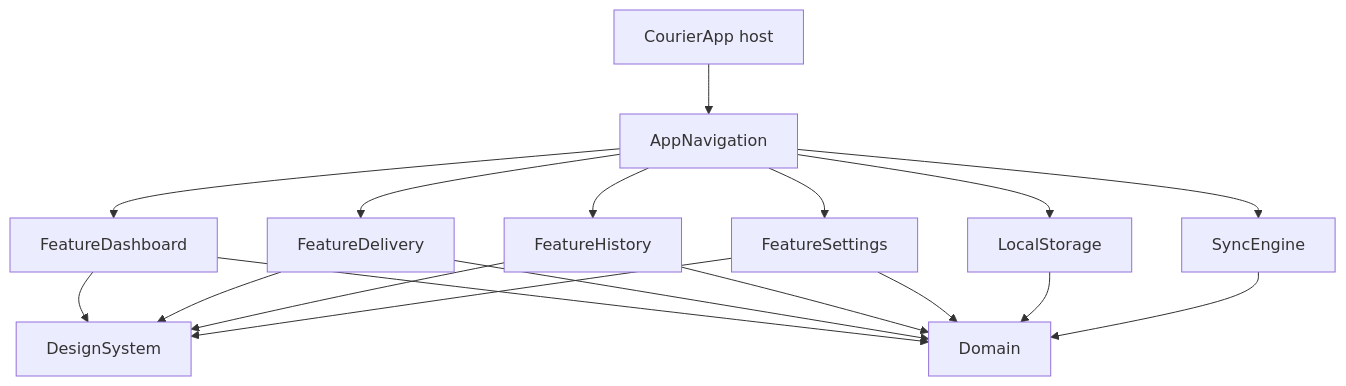
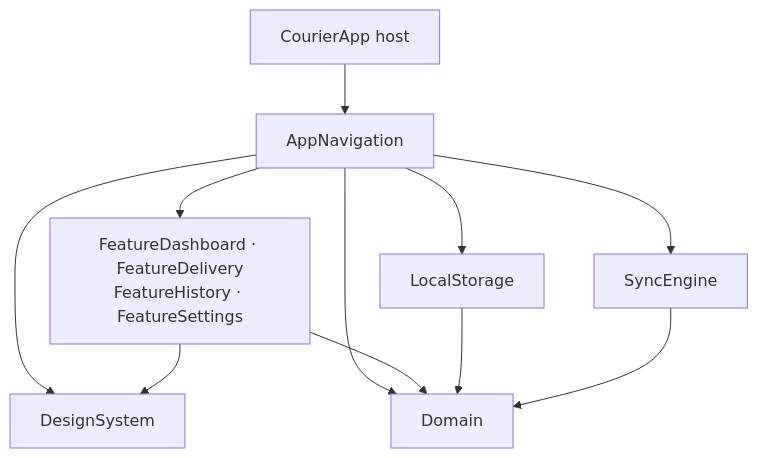
One commit to kamilgomolka/demo-courier-app changed the diagram in README.md. Above: the diagram before and after it, drawn with Mermaid. The commit also changed other lines of this file, not shown here.

````diff
--- a/README.md
+++ b/README.md
@@ -31,21 +28,13 @@
 ```mermaid
 graph TD
-    App[CourierApp host] --> AppNavigation
-    AppNavigation --> FeatureDashboard
-    AppNavigation --> FeatureDelivery
-    AppNavigation --> FeatureHistory
-    AppNavigation --> FeatureSettings
+    Host[CourierApp host] --> AppNavigation
+    AppNavigation --> Features[FeatureDashboard · FeatureDelivery<br/>FeatureHistory · FeatureSettings]
     AppNavigation --> LocalStorage
     AppNavigation --> SyncEngine
-    FeatureDashboard --> DesignSystem
-    FeatureDelivery --> DesignSystem
-    FeatureHistory --> DesignSystem
-    FeatureSettings --> DesignSystem
-    FeatureDashboard --> Domain
-    FeatureDelivery --> Domain
-    FeatureHistory --> Domain
-    FeatureSettings --> Domain
+    AppNavigation --> DesignSystem
+    AppNavigation --> Domain
+    Features --> DesignSystem
+    Features --> Domain
     LocalStorage --> Domain
     SyncEngine --> Domain
-    DesignSystem
 ```
````
